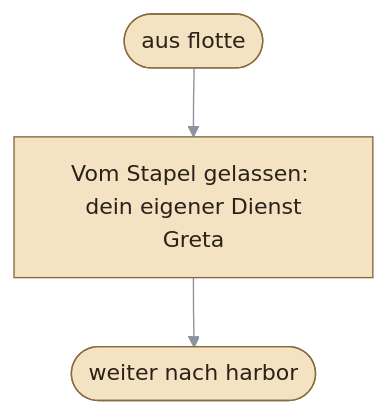
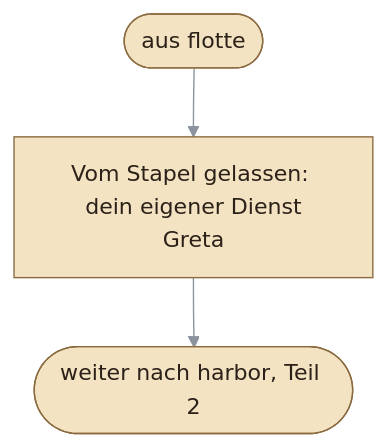
The ninth of 9 diagrams in docs/module/content-questgraph.md (fluffels/kubernia), drawn with Mermaid before and after one commit. The commit also changed other lines of this file and 11 other files, not shown here.

First line of the commit message:
fix(docs): Quest-Graph zerlegt große Regionen, Deckel, Lücken in Tests und Trigger-Doku (#1370)

````diff
--- a/docs/module/content-questgraph.md
+++ b/docs/module/content-questgraph.md
@@ -326,19 +349,19 @@
 ```mermaid
 ---
 config:
   theme: base
   look: classic
   layout: dagre
   themeVariables:
     lineColor: "#8b949e"
     primaryColor: "#f3e3c3"
     primaryTextColor: "#2b2118"
     primaryBorderColor: "#8a6a3f"
 ---
 flowchart TB
   q_werft_eigener_dienst["Vom Stapel gelassen: dein eigener Dienst<br/>Greta"]
   aus_flotte(["aus flotte"])
-  nach_harbor(["weiter nach harbor"])
+  nach_harbor__Teil_2(["weiter nach harbor, Teil 2"])
   aus_flotte --> q_werft_eigener_dienst
-  q_werft_eigener_dienst --> nach_harbor
+  q_werft_eigener_dienst --> nach_harbor__Teil_2
 ```
````
